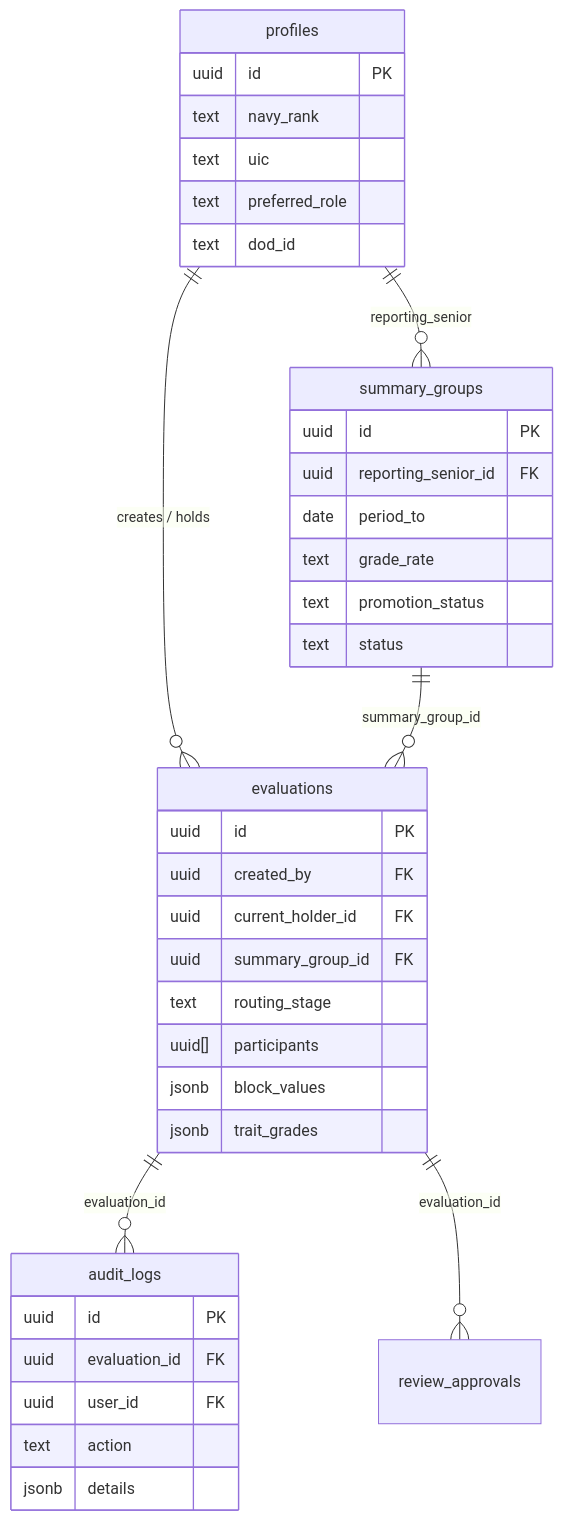
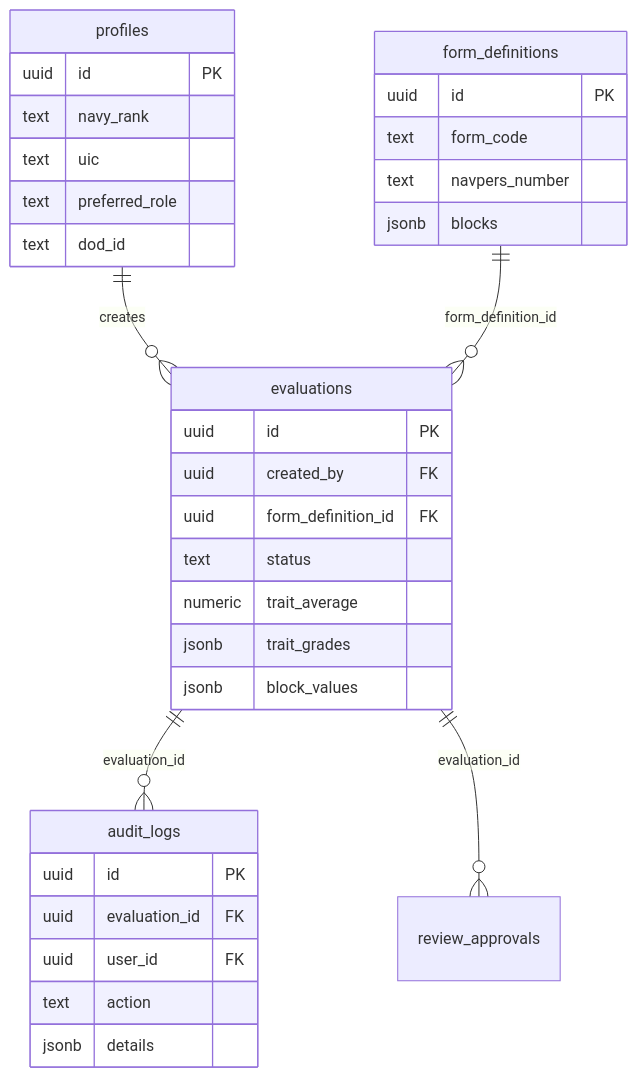
The fifth of 5 diagrams in docs/milestone/04-architecture-diagram.md (dainjaruss/apex), drawn with Mermaid before and after one commit. The commit also changed other lines of this file and 3 other files, not shown here.

````diff
--- a/docs/milestone/04-architecture-diagram.md
+++ b/docs/milestone/04-architecture-diagram.md
@@ -126,44 +116,40 @@
 ```mermaid
 erDiagram
-  profiles ||--o{ evaluations : "creates / holds"
-  profiles ||--o{ summary_groups : "reporting_senior"
-  summary_groups ||--o{ evaluations : "summary_group_id"
+  profiles ||--o{ evaluations : "creates"
+  form_definitions ||--o{ evaluations : "form_definition_id"
   evaluations ||--o{ audit_logs : "evaluation_id"
   evaluations ||--o{ review_approvals : "evaluation_id"
 
   profiles {
     uuid id PK
     text navy_rank
     text uic
     text preferred_role
     text dod_id
   }
 
   evaluations {
     uuid id PK
     uuid created_by FK
-    uuid current_holder_id FK
-    uuid summary_group_id FK
-    text routing_stage
-    uuid[] participants
+    uuid form_definition_id FK
+    text status
+    numeric trait_average
+    jsonb trait_grades
     jsonb block_values
-    jsonb trait_grades
   }
 
-  summary_groups {
+  form_definitions {
     uuid id PK
-    uuid reporting_senior_id FK
-    date period_to
-    text grade_rate
-    text promotion_status
-    text status
+    text form_code
+    text navpers_number
+    jsonb blocks
   }
 
   audit_logs {
     uuid id PK
     uuid evaluation_id FK
     uuid user_id FK
     text action
     jsonb details
   }
 ```
````
